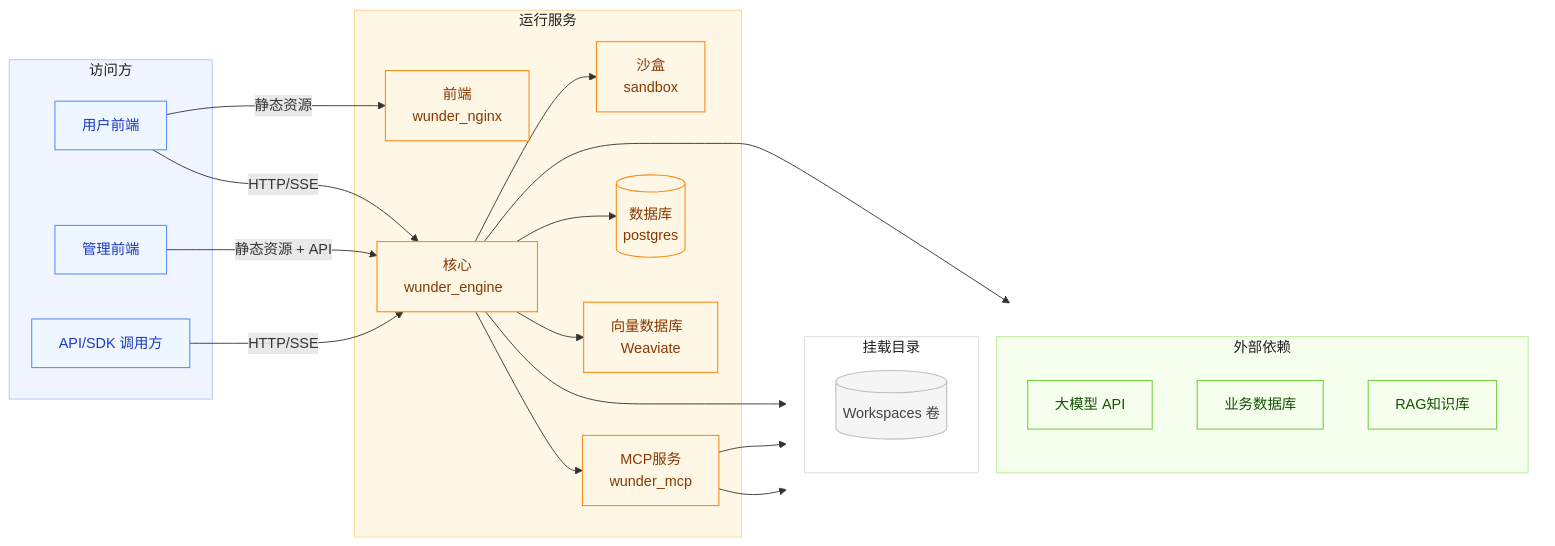
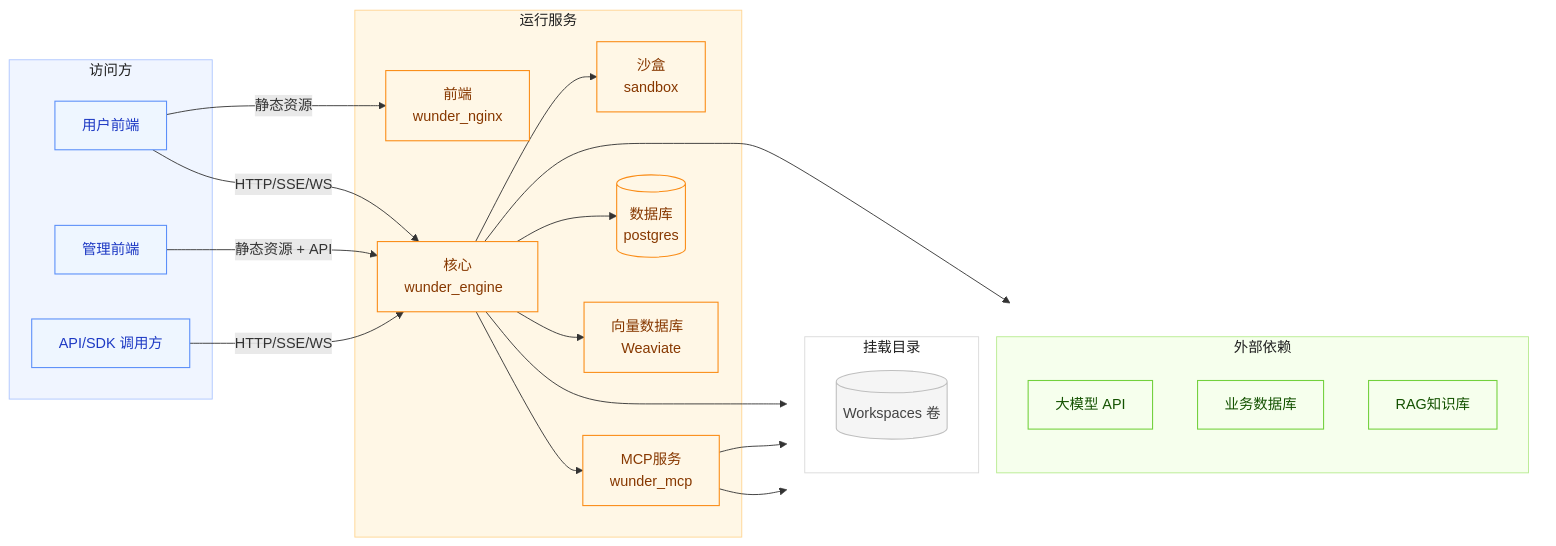
One commit to ylsdamxssjxxdd/wunder changed the first of 4 diagrams in docs/架构设计.md. Above: the diagram before and after it, drawn with Mermaid. The commit also changed other lines of this file and 5 other files, not shown here.

````diff
--- a/docs/架构设计.md
+++ b/docs/架构设计.md
@@ -21,60 +21,60 @@
 ```mermaid
 flowchart LR
   subgraph Clients["访问方"]
     UserUI["用户前端"]
     AdminUI["管理前端"]
     ApiClient["API/SDK 调用方"]
   end
 
   subgraph Runtime["运行服务"]
     Nginx["前端<br/>wunder_nginx"]
     RustAPI["核心<br/>wunder_engine&nbsp;&nbsp;"]
     Sandbox["沙盒<br/>sandbox"]
     MCP["MCP服务<br/>wunder_mcp"]
     PG[(数据库<br/>postgres)]
     VectorDB["向量数据库&nbsp;&nbsp;<br/>Weaviate"]
   end
 
   subgraph RightSide[" "]
     direction TB
     subgraph External["外部依赖"]
       LLM["大模型 API"]
       ExtDB["业务数据库"]
       KB["RAG知识库"]
     end
     subgraph Mounts["挂载目录"]
       WS[(Workspaces 卷)]
     end
   end
 
   UserUI -->|静态资源| Nginx
-  UserUI -->|HTTP/SSE| RustAPI
+  UserUI -->|HTTP/SSE/WS| RustAPI
   AdminUI -->|静态资源 + API| RustAPI
-  ApiClient -->|HTTP/SSE| RustAPI
+  ApiClient -->|HTTP/SSE/WS| RustAPI
 
   RustAPI --> PG
   RustAPI --> WS
   RustAPI --> LLM
   RustAPI --> VectorDB
   RustAPI --> Sandbox
   RustAPI --> MCP
 
   MCP --> ExtDB
   MCP --> KB
 
   classDef client fill:#eef6ff,stroke:#5b8ff9,stroke-width:1.2px,color:#1d39c4;
   classDef runtime fill:#fff7e6,stroke:#fa8c16,stroke-width:1.2px,color:#873800;
   classDef external fill:#f6ffed,stroke:#73d13d,stroke-width:1.2px,color:#135200;
   classDef volume fill:#f5f5f5,stroke:#bfbfbf,stroke-width:1.2px,color:#434343;
 
   class UserUI,AdminUI,ApiClient client;
   class Nginx,RustAPI,Sandbox,MCP,PG,VectorDB runtime;
   class LLM,ExtDB,KB external;
   class WS volume;
 
   style Clients fill:#f0f5ff,stroke:#adc6ff,stroke-width:1px,color:#1f1f1f;
   style Runtime fill:#fff7e6,stroke:#ffd591,stroke-width:1px,color:#1f1f1f;
   style External fill:#f6ffed,stroke:#b7eb8f,stroke-width:1px,color:#1f1f1f;
   style Mounts fill:#ffffff,stroke:#d9d9d9,stroke-width:1px,color:#1f1f1f;
   style RightSide fill:transparent,stroke:transparent,color:transparent;
 ```
````
